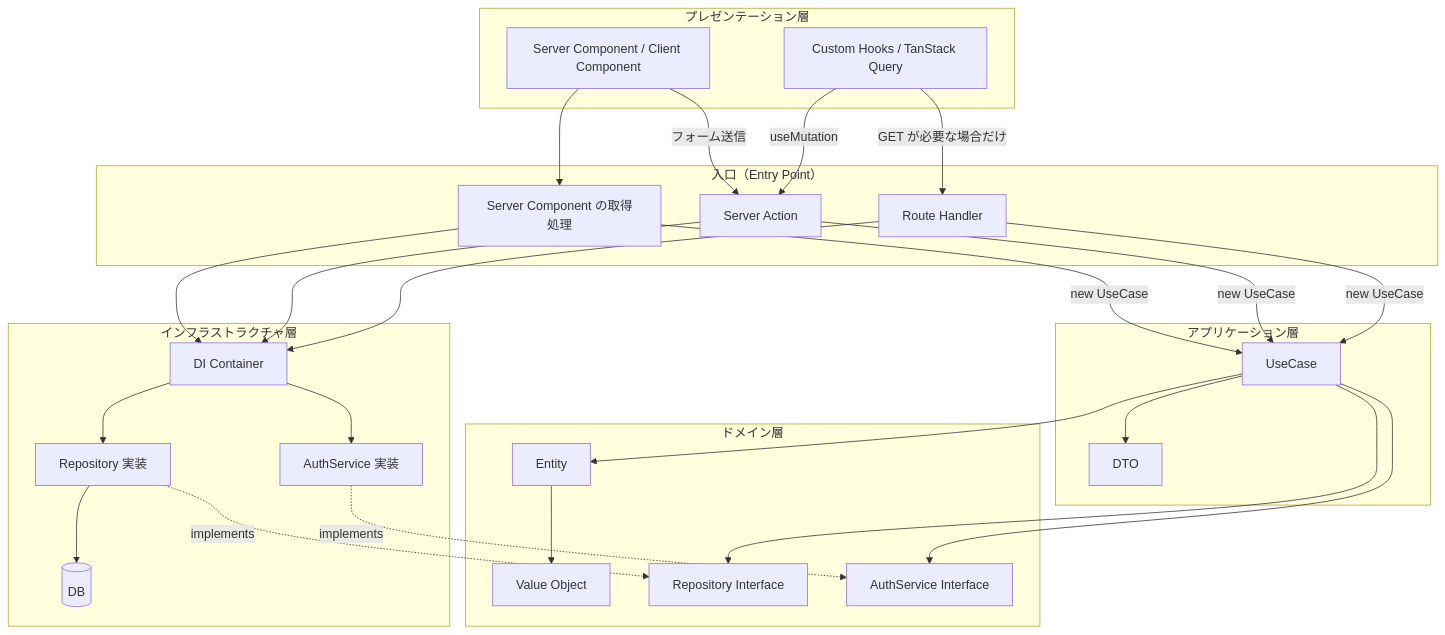
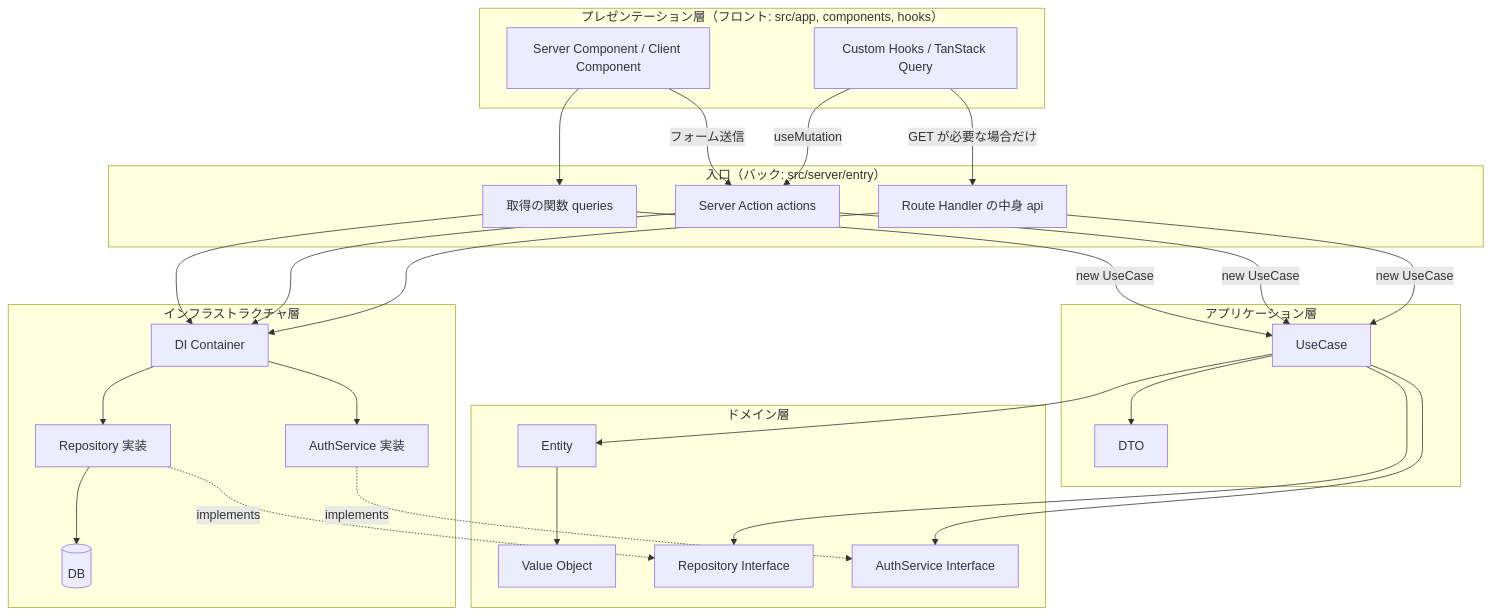
The first of 4 diagrams in docs/01_全体設計/06_アーキテクチャ.md (m-eiichi/next-dev-env), drawn with Mermaid before and after one commit. The commit also changed other lines of this file and 32 other files, not shown here.

````diff
--- a/docs/01_全体設計/06_アーキテクチャ.md
+++ b/docs/01_全体設計/06_アーキテクチャ.md
@@ -43,53 +56,53 @@
 ```mermaid
 graph TB
-    subgraph "プレゼンテーション層"
+    subgraph "プレゼンテーション層（フロント: src/app, components, hooks）"
         UI[Server Component / Client Component]
         Hooks[Custom Hooks / TanStack Query]
     end
 
-    subgraph "入口（Entry Point）"
-        SC[Server Component の取得処理]
-        SA[Server Action]
-        RH[Route Handler]
+    subgraph "入口（バック: src/server/entry）"
+        SC[取得の関数 queries]
+        SA[Server Action actions]
+        RH[Route Handler の中身 api]
     end
 
     subgraph "アプリケーション層"
         UC[UseCase]
         DTO[DTO]
     end
 
     subgraph "ドメイン層"
         Entity[Entity]
         VO[Value Object]
         RepoIF[Repository Interface]
         AuthIF[AuthService Interface]
     end
 
     subgraph "インフラストラクチャ層"
         Container[DI Container]
         RepoImpl[Repository 実装]
         AuthImpl[AuthService 実装]
         DB[(DB)]
     end
 
     UI --> SC
     UI -->|フォーム送信| SA
     Hooks -->|useMutation| SA
     Hooks -->|GET が必要な場合だけ| RH
     SC --> Container
     SA --> Container
     RH --> Container
     SC -->|new UseCase| UC
     SA -->|new UseCase| UC
     RH -->|new UseCase| UC
     UC --> DTO
     UC --> Entity
     Entity --> VO
     UC --> RepoIF
     UC --> AuthIF
     RepoImpl -.implements.-> RepoIF
     AuthImpl -.implements.-> AuthIF
     Container --> RepoImpl
     Container --> AuthImpl
     RepoImpl --> DB
 ```
````
